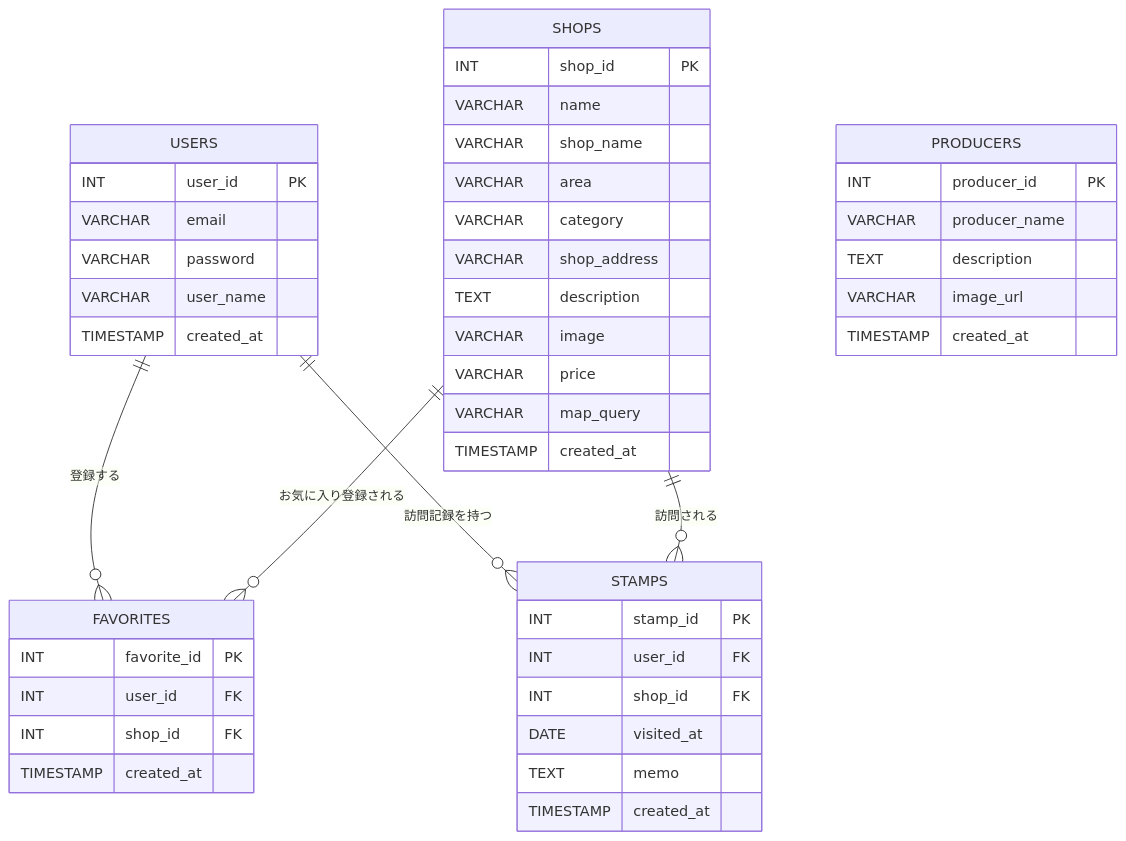
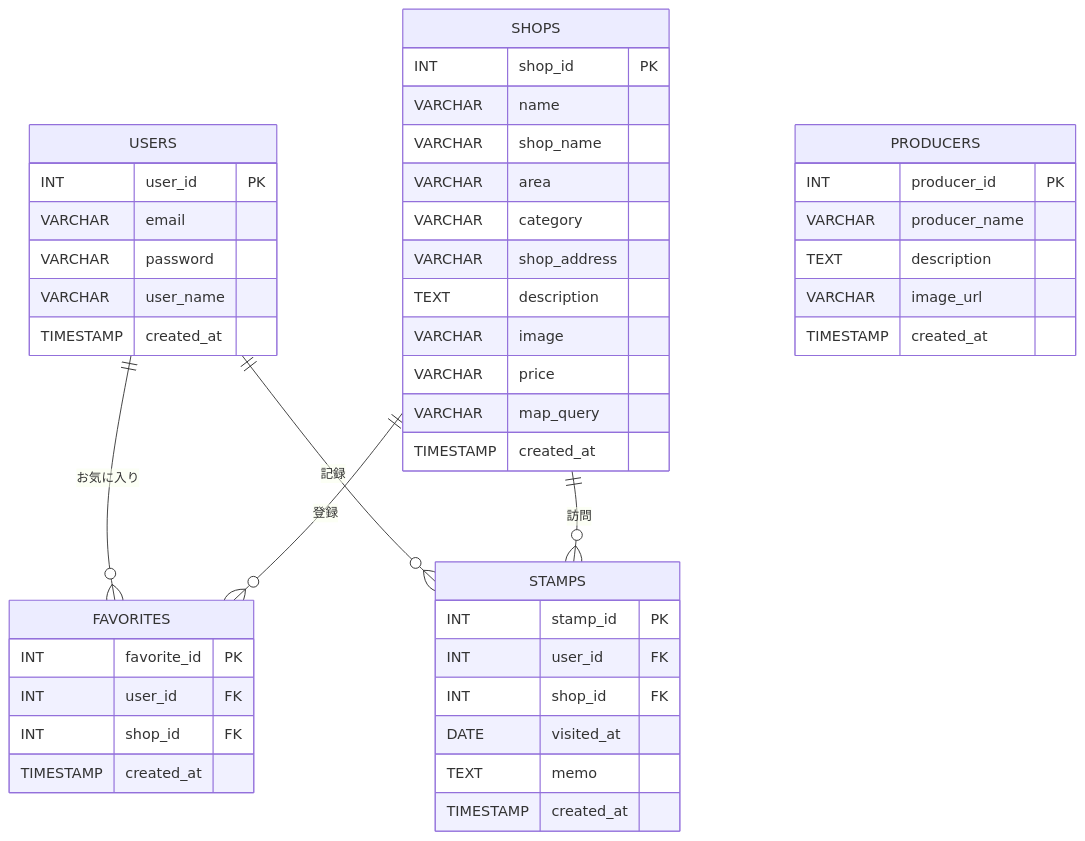
The diagram in README.md (masa0090089/tokachi-wagyu-navi), drawn with Mermaid before and after one commit. The commit also changed other lines of this file, not shown here.

````diff
--- a/README.md
+++ b/README.md
@@ -49,55 +47,55 @@
 ```mermaid
 erDiagram
 
-    USERS ||--o{ FAVORITES : "登録する"
-    SHOPS ||--o{ FAVORITES : "お気に入り登録される"
+    USERS ||--o{ FAVORITES : "お気に入り"
+    SHOPS ||--o{ FAVORITES : "登録"
 
-    USERS ||--o{ STAMPS : "訪問記録を持つ"
-    SHOPS ||--o{ STAMPS : "訪問される"
+    USERS ||--o{ STAMPS : "記録"
+    SHOPS ||--o{ STAMPS : "訪問"
 
     USERS {
         INT user_id PK
         VARCHAR email
         VARCHAR password
         VARCHAR user_name
         TIMESTAMP created_at
     }
 
     PRODUCERS {
         INT producer_id PK
         VARCHAR producer_name
         TEXT description
         VARCHAR image_url
         TIMESTAMP created_at
     }
 
     SHOPS {
         INT shop_id PK
         VARCHAR name
         VARCHAR shop_name
         VARCHAR area
         VARCHAR category
         VARCHAR shop_address
         TEXT description
         VARCHAR image
         VARCHAR price
         VARCHAR map_query
         TIMESTAMP created_at
     }
 
     FAVORITES {
         INT favorite_id PK
         INT user_id FK
         INT shop_id FK
         TIMESTAMP created_at
     }
 
     STAMPS {
         INT stamp_id PK
         INT user_id FK
         INT shop_id FK
         DATE visited_at
         TEXT memo
         TIMESTAMP created_at
     }
 ```
````
